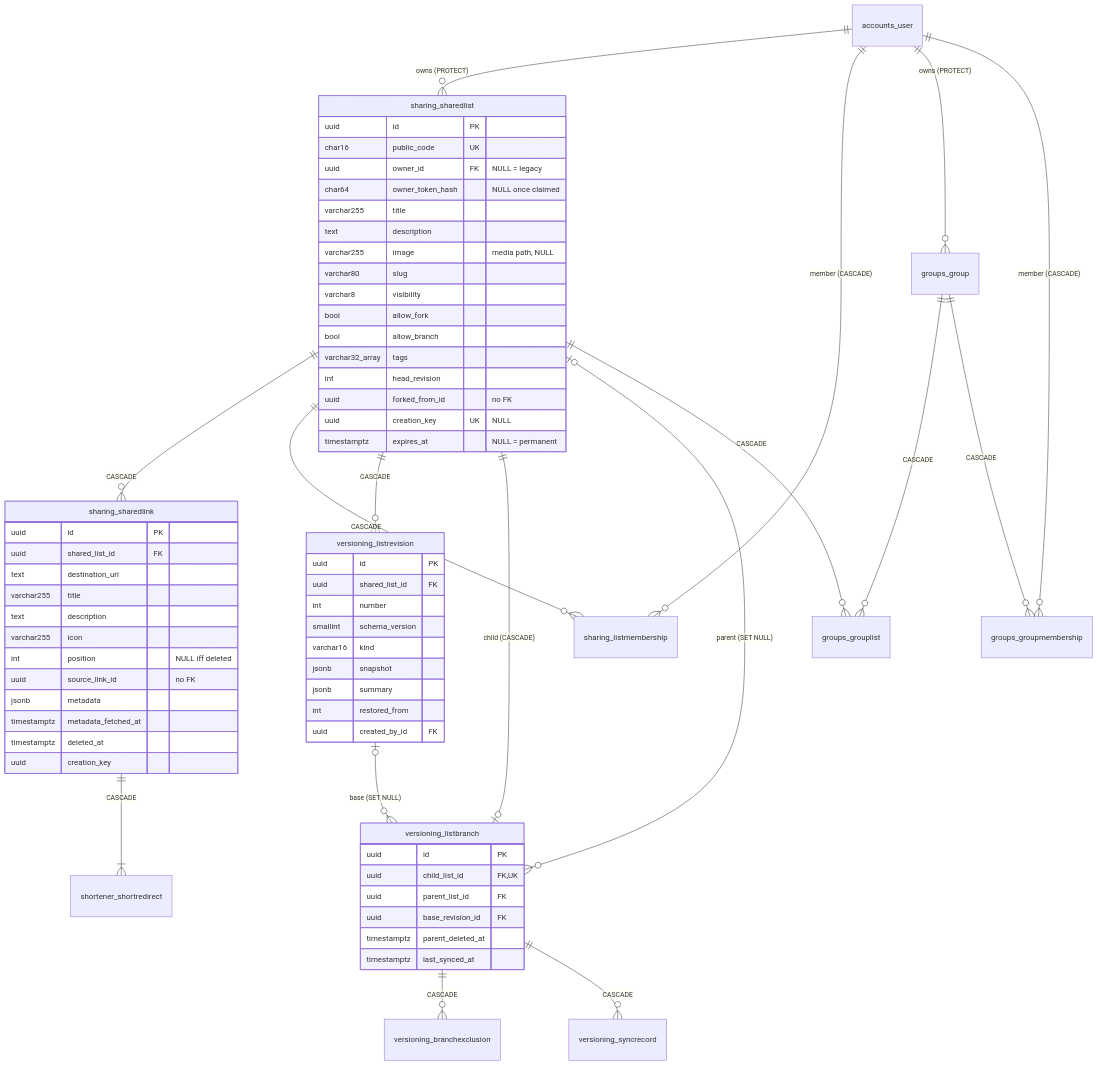
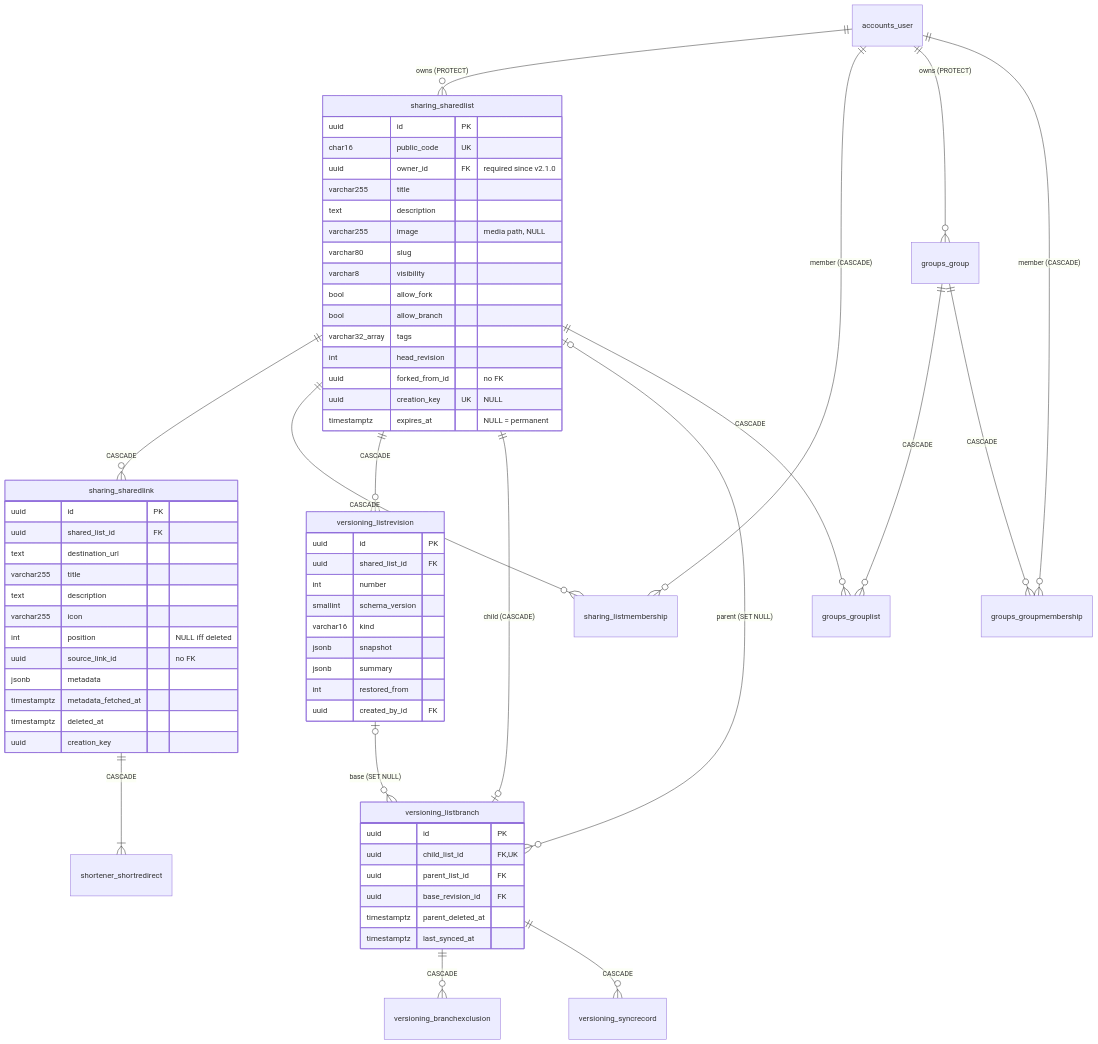
One commit to flokos/listlinkedin changed the diagram in docs/v2/05-DATABASE-DESIGN.md. Above: the diagram before and after it, drawn with Mermaid. The commit also changed other lines of this file and 35 other files, not shown here.

````diff
--- a/docs/v2/05-DATABASE-DESIGN.md
+++ b/docs/v2/05-DATABASE-DESIGN.md
@@ -10,71 +10,70 @@
 ```mermaid
 erDiagram
   accounts_user ||--o{ sharing_sharedlist : "owns (PROTECT)"
   accounts_user ||--o{ sharing_listmembership : "member (CASCADE)"
   accounts_user ||--o{ groups_group : "owns (PROTECT)"
   accounts_user ||--o{ groups_groupmembership : "member (CASCADE)"
   sharing_sharedlist ||--o{ sharing_sharedlink : "CASCADE"
   sharing_sharedlink ||--|{ shortener_shortredirect : "CASCADE"
   sharing_sharedlist ||--o{ sharing_listmembership : "CASCADE"
   sharing_sharedlist ||--o{ versioning_listrevision : "CASCADE"
   sharing_sharedlist ||--o| versioning_listbranch : "child (CASCADE)"
   sharing_sharedlist |o--o{ versioning_listbranch : "parent (SET NULL)"
   versioning_listrevision |o--o{ versioning_listbranch : "base (SET NULL)"
   versioning_listbranch ||--o{ versioning_branchexclusion : "CASCADE"
   versioning_listbranch ||--o{ versioning_syncrecord : "CASCADE"
   groups_group ||--o{ groups_grouplist : "CASCADE"
   sharing_sharedlist ||--o{ groups_grouplist : "CASCADE"
   groups_group ||--o{ groups_groupmembership : "CASCADE"
 
   sharing_sharedlist {
     uuid id PK
     char16 public_code UK
-    uuid owner_id FK "NULL = legacy"
-    char64 owner_token_hash "NULL once claimed"
+    uuid owner_id FK "required since v2.1.0"
     varchar255 title
     text description
     varchar255 image "media path, NULL"
     varchar80 slug
     varchar8 visibility
     bool allow_fork
     bool allow_branch
     varchar32_array tags
     int head_revision
     uuid forked_from_id "no FK"
     uuid creation_key UK "NULL"
     timestamptz expires_at "NULL = permanent"
   }
   sharing_sharedlink {
     uuid id PK
     uuid shared_list_id FK
     text destination_url
     varchar255 title
     text description
     varchar255 icon
     int position "NULL iff deleted"
     uuid source_link_id "no FK"
     jsonb metadata
     timestamptz metadata_fetched_at
     timestamptz deleted_at
     uuid creation_key
   }
   versioning_listrevision {
     uuid id PK
     uuid shared_list_id FK
     int number
     smallint schema_version
     varchar16 kind
     jsonb snapshot
     jsonb summary
     int restored_from
     uuid created_by_id FK
   }
   versioning_listbranch {
     uuid id PK
     uuid child_list_id FK,UK
     uuid parent_list_id FK
     uuid base_revision_id FK
     timestamptz parent_deleted_at
     timestamptz last_synced_at
   }
 ```
````
